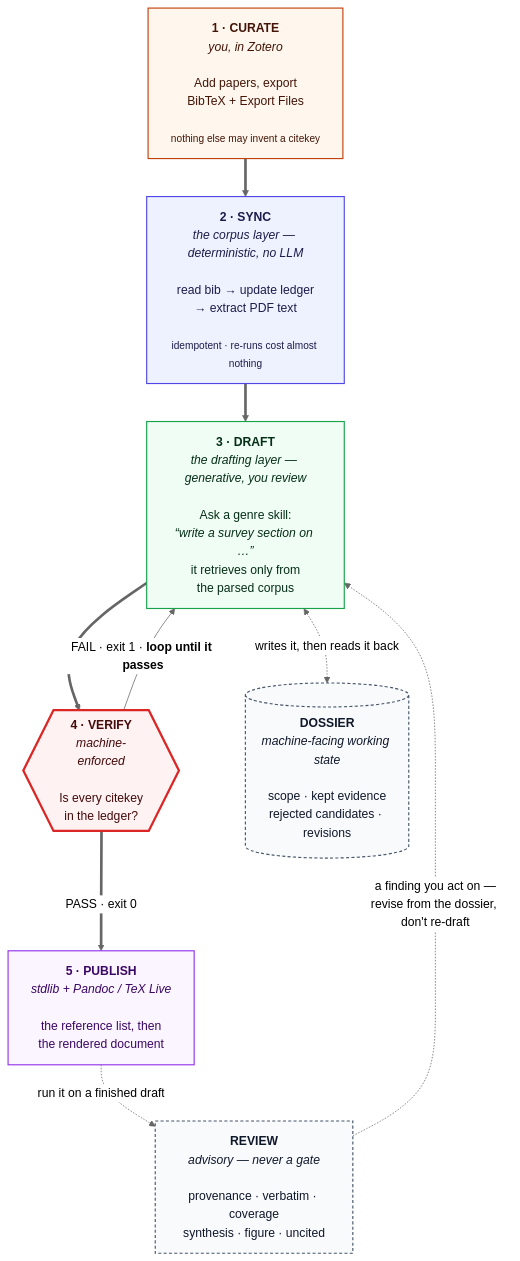
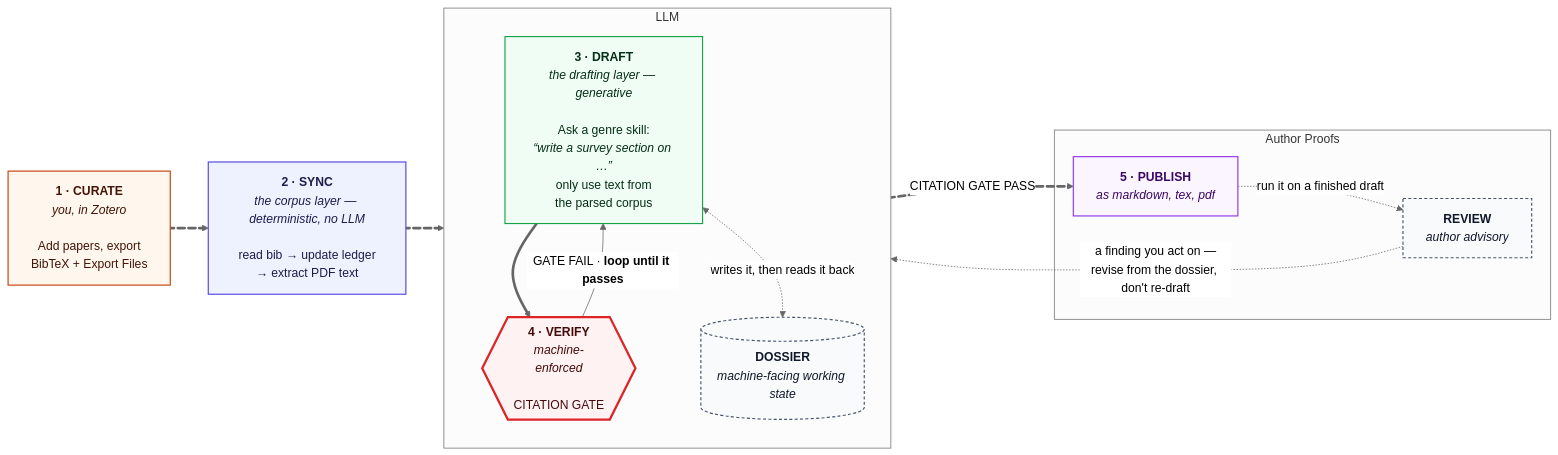
Before and after one commit to prasadtalasila/chitragupta: the first of 11 diagrams in docs/DIAGRAMS.md, drawn with Mermaid (neutral theme). The commit also changed other lines of this file and 3 other files, not shown here.

First line of the commit message:
Adopt the supplied overview figure: LLM and Author Proofs enclosures (#369)

````diff
--- a/docs/DIAGRAMS.md
+++ b/docs/DIAGRAMS.md
@@ -75,40 +81,49 @@
 ```mermaid
-flowchart TB
+flowchart LR
 
-  P0["<b>1 · CURATE</b><br/><i>you, in Zotero</i><br/><br/>Add papers, export<br/>BibTeX + Export Files<br/><br/><small>nothing else may invent a citekey</small>"]
+  P0["<b>1 · CURATE</b><br/><i>you, in Zotero</i><br/><br/>Add papers, export<br/>BibTeX + Export Files"]
 
-  P1["<b>2 · SYNC</b><br/><i>the corpus layer — deterministic, no LLM</i><br/><br/>read bib → update ledger<br/>→ extract PDF text<br/><br/><small>idempotent · re-runs cost almost nothing</small>"]
+  P1["<b>2 · SYNC</b><br/><i>the corpus layer — deterministic, no LLM</i><br/><br/>read bib → update ledger<br/>→ extract PDF text"]
 
-  P2["<b>3 · DRAFT</b><br/><i>the drafting layer — generative, you review</i><br/><br/>Ask a genre skill:<br/><i>“write a survey section on …”</i><br/>it retrieves only from<br/>the parsed corpus"]
+  P2["<b>3 · DRAFT</b><br/><i>the drafting layer — generative</i><br/><br/>Ask a genre skill:<br/><i>“write a survey section on …”</i><br/>only use text from<br/>the parsed corpus"]
 
-  P3{{"<b>4 · VERIFY</b><br/><i>machine-<br/>enforced</i><br/><br/>Is every citekey<br/>in the ledger?"}}
+  P3{{"<b>4 · VERIFY</b><br/><i>machine-<br/>enforced</i><br/><br/>CITATION GATE"}}
 
-  P4["<b>5 · PUBLISH</b><br/><i>stdlib + Pandoc / TeX Live</i><br/><br/>the reference list, then<br/>the rendered document"]
+  P4["<b>5 · PUBLISH</b><br/><i>as markdown, tex, pdf</i>"]
 
-  DOSS[("<b>DOSSIER</b><br/><i>machine-facing working state</i><br/><br/>scope · kept evidence<br/>rejected candidates · revisions")]
+  DOSS[("<b>DOSSIER</b><br/><i>machine-facing working state</i>")]
 
-  REV["<b>REVIEW</b><br/><i>advisory — never a gate</i><br/><br/>provenance · verbatim · coverage<br/>synthesis · figure · uncited"]
+  REV["<b>REVIEW</b><br/><i>author advisory"]
 
-  P0 ==> P1 ==> P2 ==> P3
-  P3 == "PASS · exit 0" ==> P4
-  P3 -- "FAIL · exit 1 · <b>loop until it passes</b>" --> P2
+  P0 e1@==> P1 e2@==> P2
+  e1@{ animate: true }
+  e2@{ animate: true }
+  P3 e3@== "CITATION GATE PASS" ==> P4
+  e3@{ animate: true }
+  subgraph LLM
+    direction TB
+    P2 ==> P3
+    P2 <-. "writes it, then reads it back" .-> DOSS
+    P3 -- "GATE FAIL · <b>loop until it passes</b>" --> P2
+  end
 
-  P2 <-. "writes it, then reads it back" .-> DOSS
-  P4 -. "run it on a finished draft" .-> REV
-  REV -. "a finding you act on —<br/>revise from the dossier, don't re-draft" .-> P2
+  subgraph Author Proofs
+    P4 -. "run it on a finished draft" .-> REV
+    REV -. "a finding you act on —<br/>revise from the dossier, don't re-draft" .-> P2
+  end
 
   classDef you fill:#fff7ed,stroke:#c2410c,stroke-width:1.5px,color:#431407
   classDef det fill:#eef2ff,stroke:#4f46e5,stroke-width:1.5px,color:#1e1b4b
   classDef gen fill:#f0fdf4,stroke:#16a34a,stroke-width:1.5px,color:#052e16
   classDef gate fill:#fef2f2,stroke:#dc2626,stroke-width:3px,color:#450a0a
   classDef out fill:#faf5ff,stroke:#9333ea,stroke-width:1.5px,color:#3b0764
   classDef side fill:#f8fafc,stroke:#475569,stroke-width:1.5px,stroke-dasharray:4 3,color:#0f172a
 
   class P0 you
   class P1 det
   class P2 gen
   class P3 gate
   class P4 out
   class DOSS side
   class REV side
 ```
````
